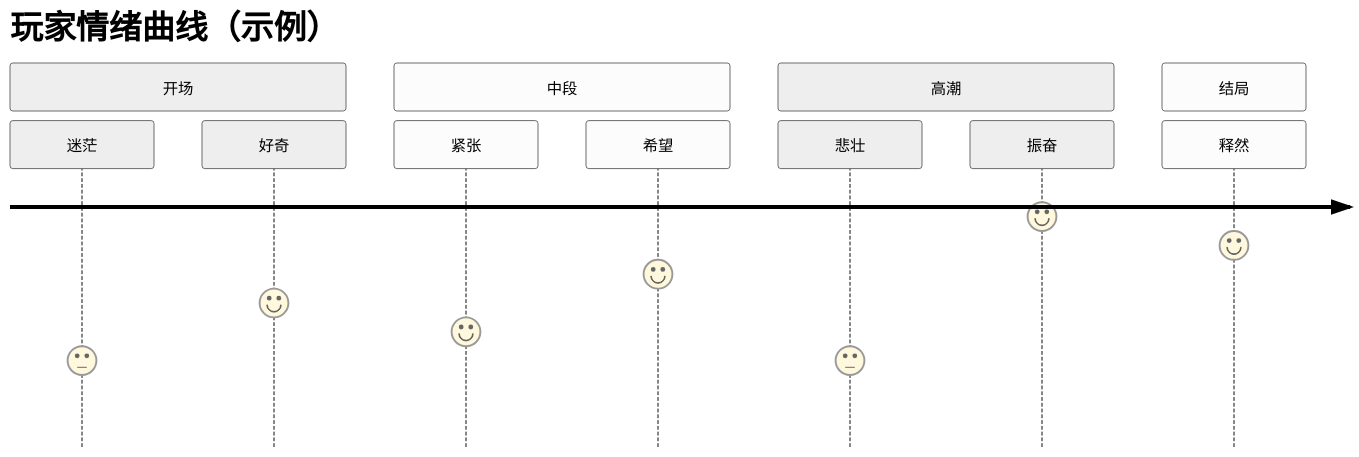
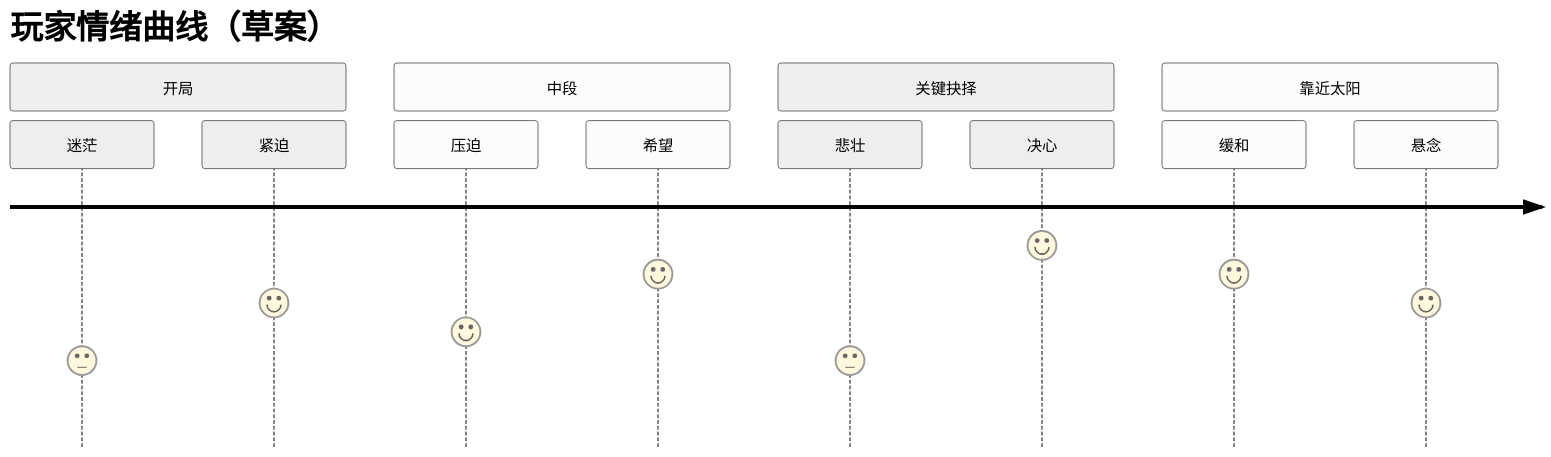
One commit to Estrella6066773/DriveToLight changed the diagram in Docs/02-系统设计/01-核心体验/核心幻想.md. Above: the diagram before and after it, drawn with Mermaid (neutral theme). The commit also changed other lines of this file and 21 other files, not shown here.

````diff
--- a/Docs/02-系统设计/01-核心体验/核心幻想.md
+++ b/Docs/02-系统设计/01-核心体验/核心幻想.md
@@ -28,15 +34,16 @@
 ```mermaid
 journey
-    title 玩家情绪曲线（示例）
-    section 开场
+    title 玩家情绪曲线（草案）
+    section 开局
       迷茫: 3
-      好奇: 5
+      紧迫: 5
     section 中段
-      紧张: 4
+      压迫: 4
       希望: 6
-    section 高潮
+    section 关键抉择
       悲壮: 3
-      振奋: 8
-    section 结局
-      释然: 7
+      决心: 7
+    section 靠近太阳
+      缓和: 6
+      悬念: 5
 ```
````
